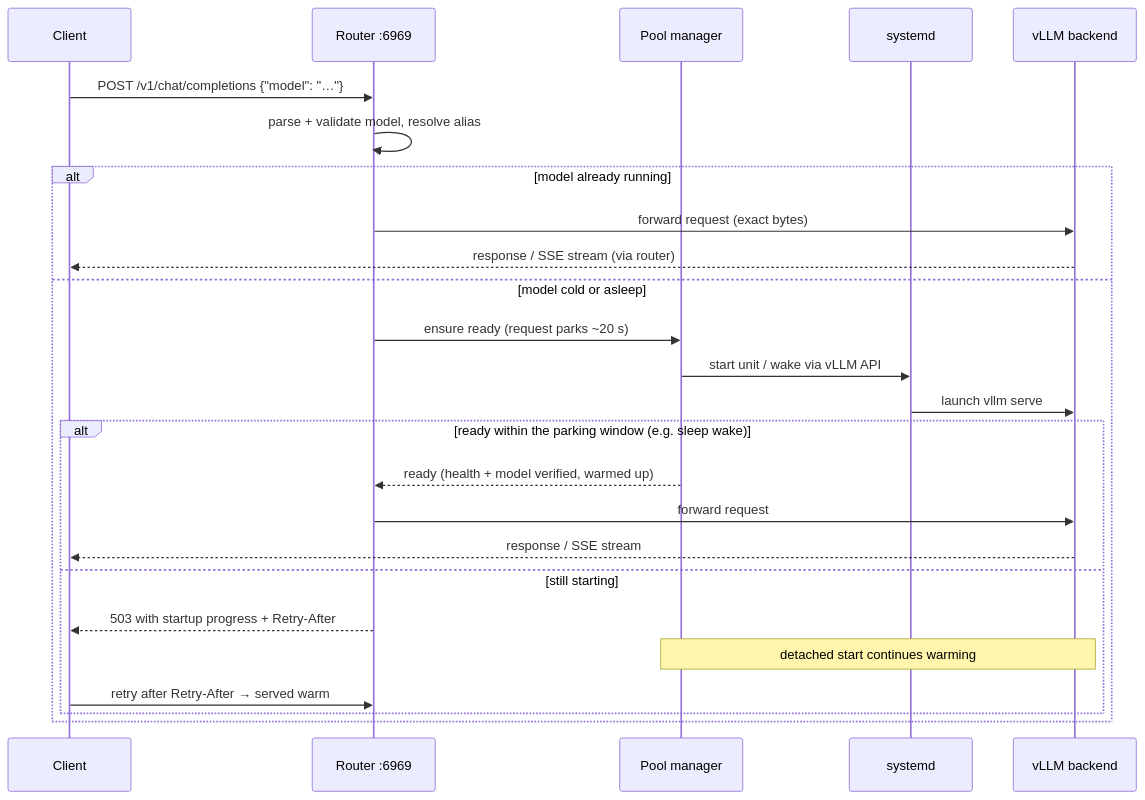
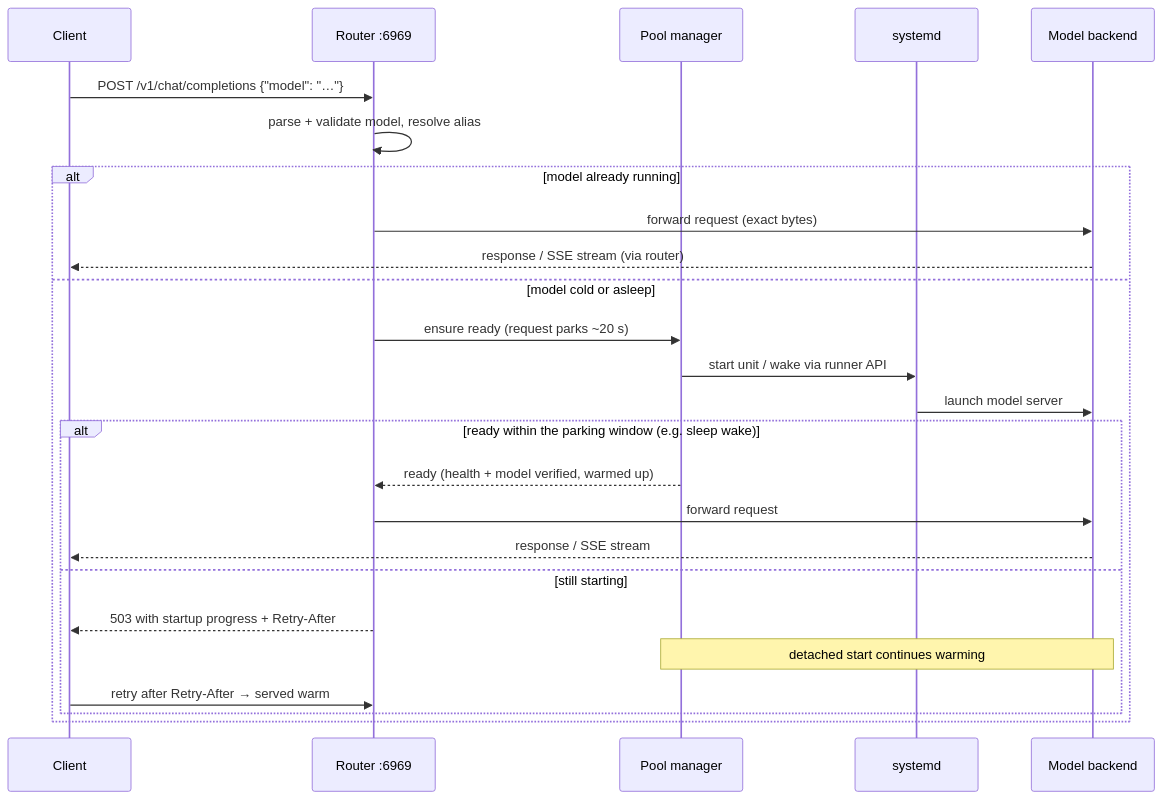
Before and after one commit to yankeeinlondon/routable: the diagram in README.md, drawn with Mermaid. The commit also changed other lines of this file and 1 other file, not shown here.

First line of the commit message:
docs: name the project LLM Router, not vLLM Router

````diff
--- a/README.md
+++ b/README.md
@@ -40,28 +44,28 @@
 ```mermaid
 sequenceDiagram
     participant C as Client
     participant R as Router :6969
     participant P as Pool manager
     participant S as systemd
-    participant V as vLLM backend
+    participant V as Model backend
 
     C->>R: POST /v1/chat/completions {"model": "…"}
     R->>R: parse + validate model, resolve alias
     alt model already running
         R->>V: forward request (exact bytes)
         V-->>C: response / SSE stream (via router)
     else model cold or asleep
         R->>P: ensure ready (request parks ~20 s)
-        P->>S: start unit / wake via vLLM API
-        S->>V: launch vllm serve
+        P->>S: start unit / wake via runner API
+        S->>V: launch model server
         alt ready within the parking window (e.g. sleep wake)
             P-->>R: ready (health + model verified, warmed up)
             R->>V: forward request
             V-->>C: response / SSE stream
         else still starting
             R-->>C: 503 with startup progress + Retry-After
             Note over P,V: detached start continues warming
             C->>R: retry after Retry-After → served warm
         end
     end
 ```
````
